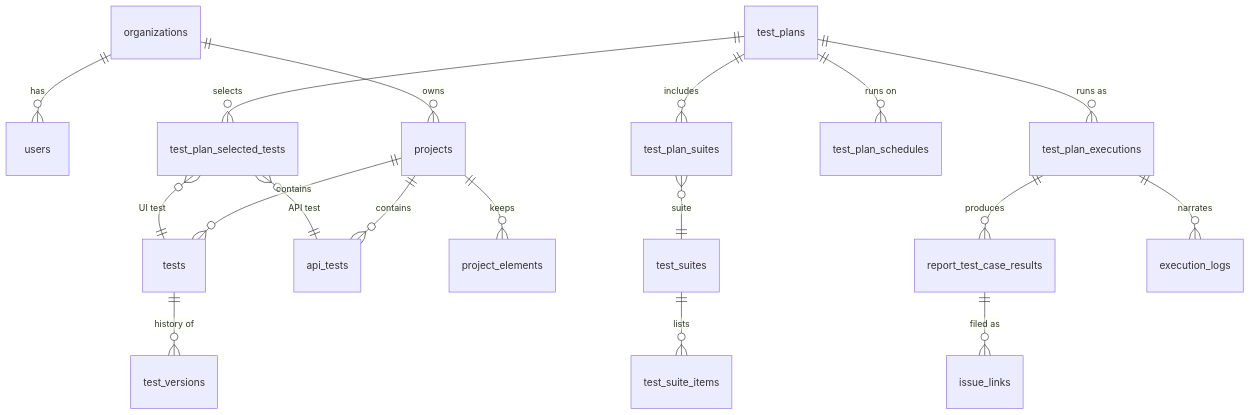
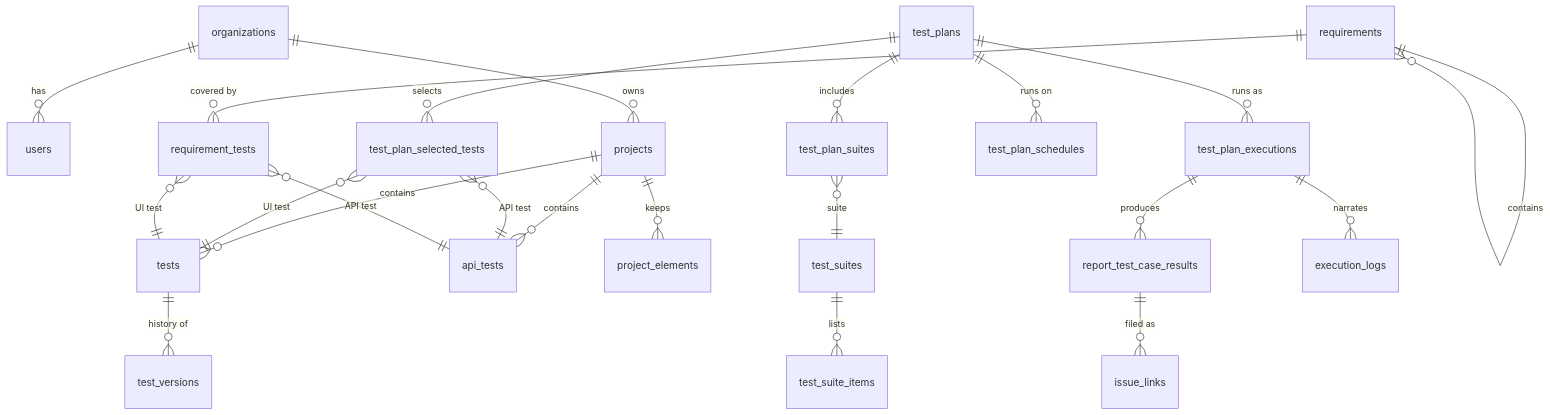
The diagram in docs/en/internals/data-model.md (Markg981/WebFlowMaster), drawn with Mermaid before and after one commit. The commit also changed other lines of this file and 33 other files, not shown here.

First line of the commit message:
feat(requirements): traceability from epics and stories to the tests that cover them

````diff
--- a/docs/en/internals/data-model.md
+++ b/docs/en/internals/data-model.md
@@ -13,20 +13,24 @@
 ```mermaid
 erDiagram
   organizations ||--o{ users : has
   organizations ||--o{ projects : owns
   projects ||--o{ tests : contains
   projects ||--o{ api_tests : contains
   projects ||--o{ project_elements : keeps
   tests ||--o{ test_versions : "history of"
   test_plans ||--o{ test_plan_selected_tests : selects
   test_plan_selected_tests }o--|| tests : "UI test"
   test_plan_selected_tests }o--|| api_tests : "API test"
   test_plans ||--o{ test_plan_suites : includes
   test_plan_suites }o--|| test_suites : suite
   test_suites ||--o{ test_suite_items : lists
+  requirements ||--o{ requirements : contains
+  requirements ||--o{ requirement_tests : "covered by"
+  requirement_tests }o--|| tests : "UI test"
+  requirement_tests }o--|| api_tests : "API test"
   test_plans ||--o{ test_plan_schedules : "runs on"
   test_plans ||--o{ test_plan_executions : "runs as"
   test_plan_executions ||--o{ report_test_case_results : produces
   test_plan_executions ||--o{ execution_logs : narrates
   report_test_case_results ||--o{ issue_links : "filed as"
 ```
````
